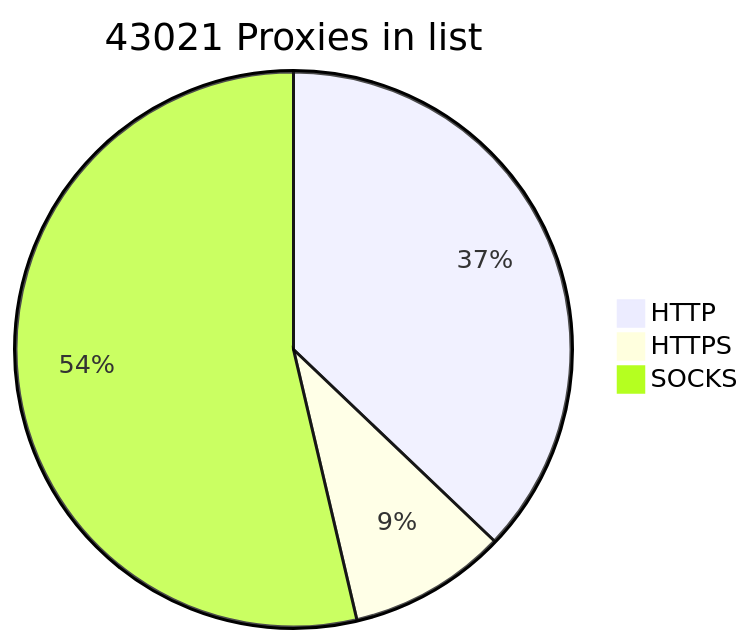
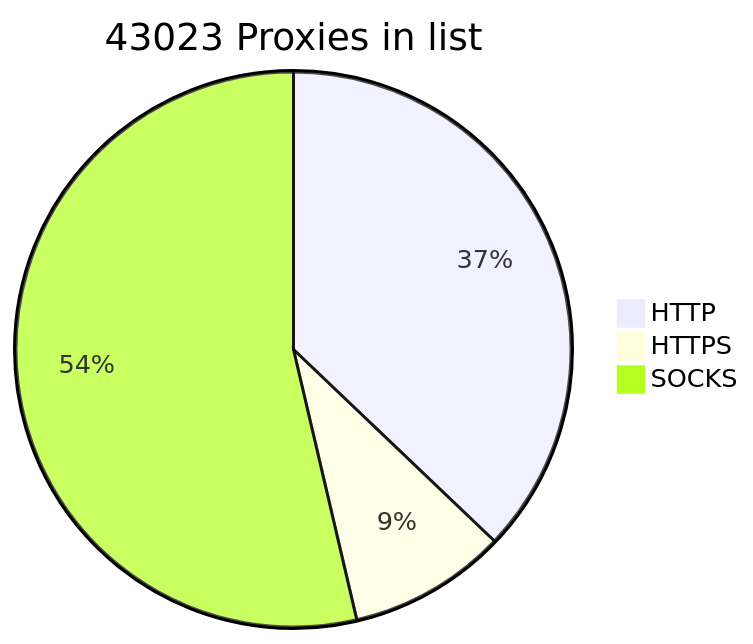
One commit to BlackSnowDot/proxylist-update-every-minute changed the diagram in README.md. Above: the diagram before and after it, drawn with Mermaid. The commit also changed other lines of this file, not shown here.

````diff
--- a/README.md
+++ b/README.md
@@ -2,6 +2,6 @@
 ```mermaid
-pie title 43021 Proxies in list
-    "HTTP" : 17373
-    "HTTPS": 4313
+pie title 43023 Proxies in list
+    "HTTP" : 17374
+    "HTTPS": 4316
     "SOCKS" : 25117
 ```
````
